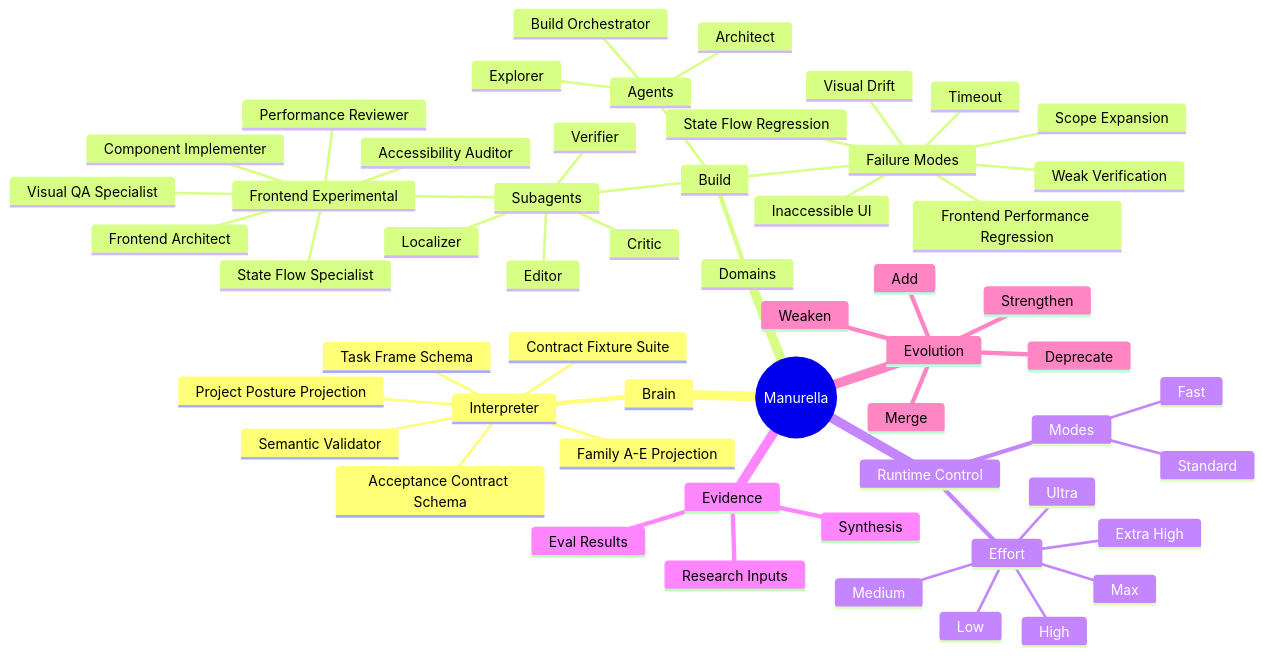
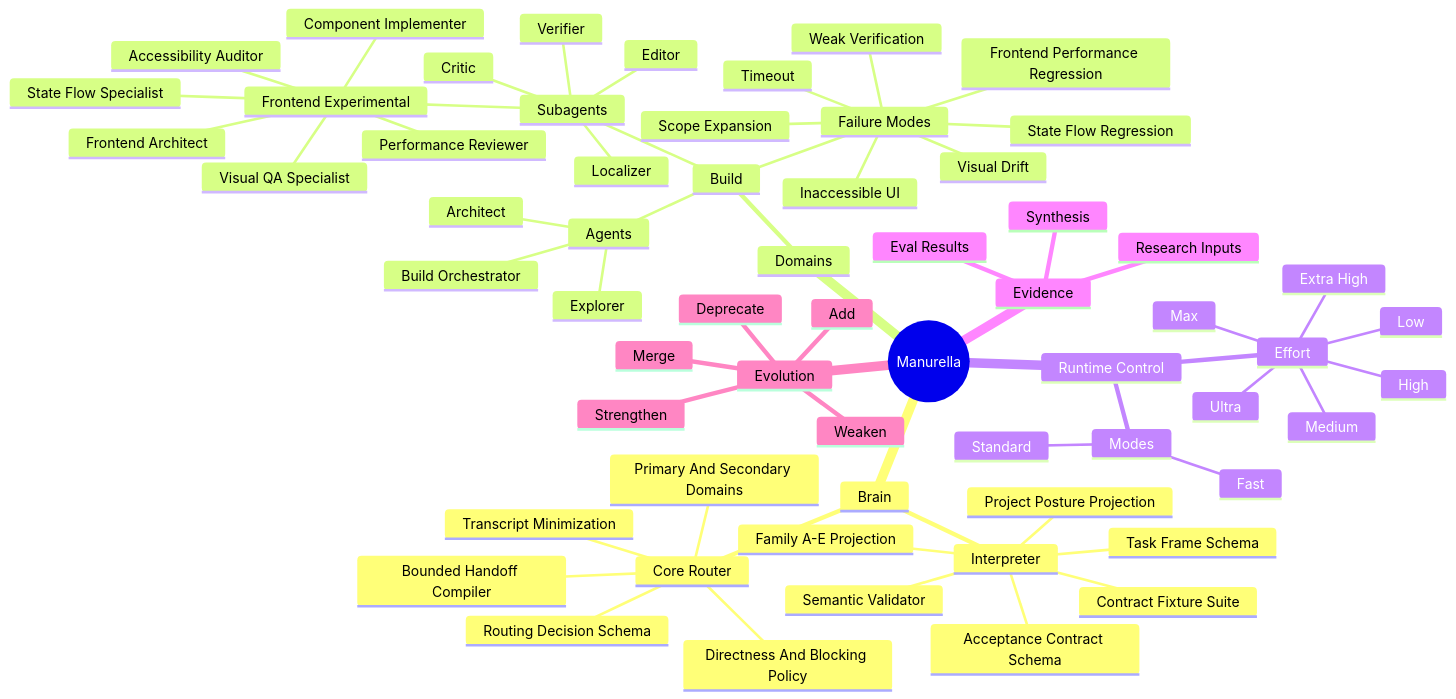
One commit to manurella/Manurella-Agentic-Framework changed the diagram in cognition/mindmap.md. Above: the diagram before and after it, drawn with Mermaid. The commit also changed other lines of this file and 22 other files, not shown here.

Commit message:
feat: Compile core routing packets

````diff
--- a/cognition/mindmap.md
+++ b/cognition/mindmap.md
@@ -3,59 +3,65 @@
 ```mermaid
 mindmap
   root((Manurella))
     Brain
       Interpreter
         Task Frame Schema
         Acceptance Contract Schema
         Semantic Validator
         Family A-E Projection
         Project Posture Projection
         Contract Fixture Suite
+      Core Router
+        Routing Decision Schema
+        Directness And Blocking Policy
+        Primary And Secondary Domains
+        Bounded Handoff Compiler
+        Transcript Minimization
     Domains
       Build
         Agents
           Build Orchestrator
           Architect
           Explorer
         Subagents
           Localizer
           Editor
           Verifier
           Critic
           Frontend Experimental
             Frontend Architect
             Component Implementer
             State Flow Specialist
             Accessibility Auditor
             Visual QA Specialist
             Performance Reviewer
         Failure Modes
           Scope Expansion
           Timeout
           Weak Verification
           Inaccessible UI
           Visual Drift
           State Flow Regression
           Frontend Performance Regression
     Runtime Control
       Modes
         Fast
         Standard
       Effort
         Low
         Medium
         High
         Extra High
         Max
         Ultra
     Evidence
       Research Inputs
       Synthesis
       Eval Results
     Evolution
       Add
       Strengthen
       Weaken
       Deprecate
       Merge
 ```
````
